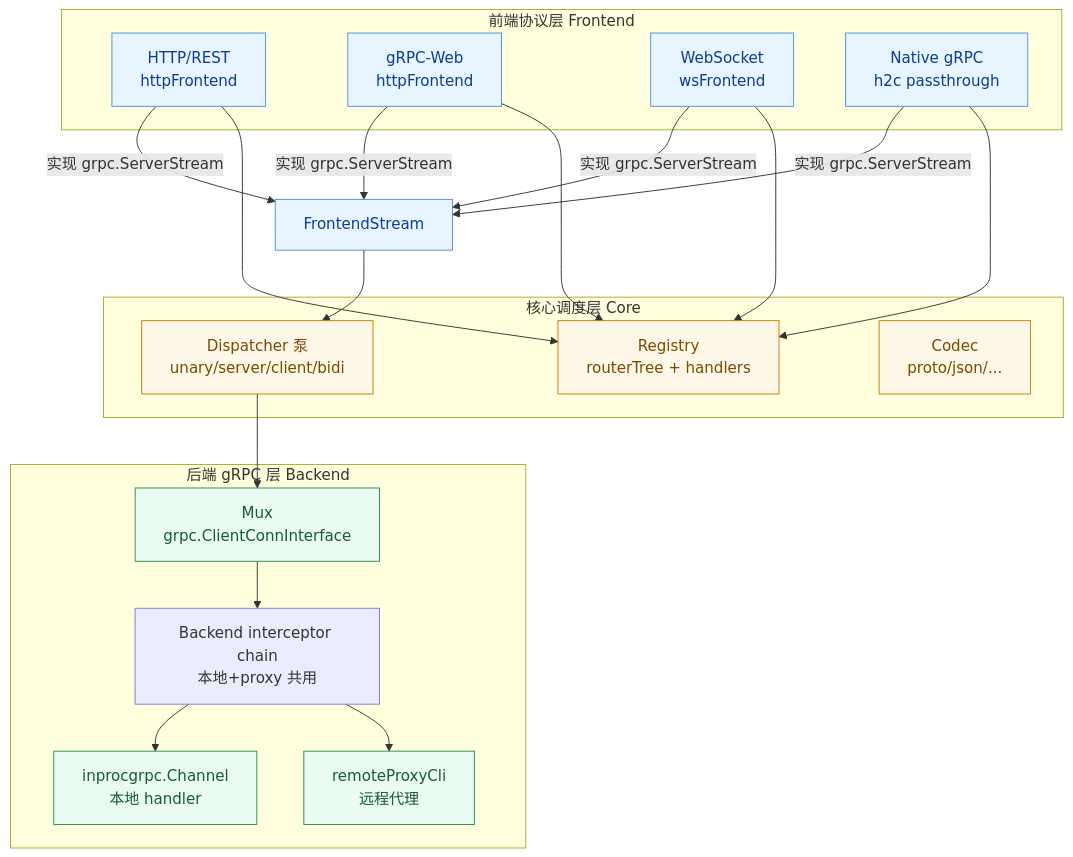
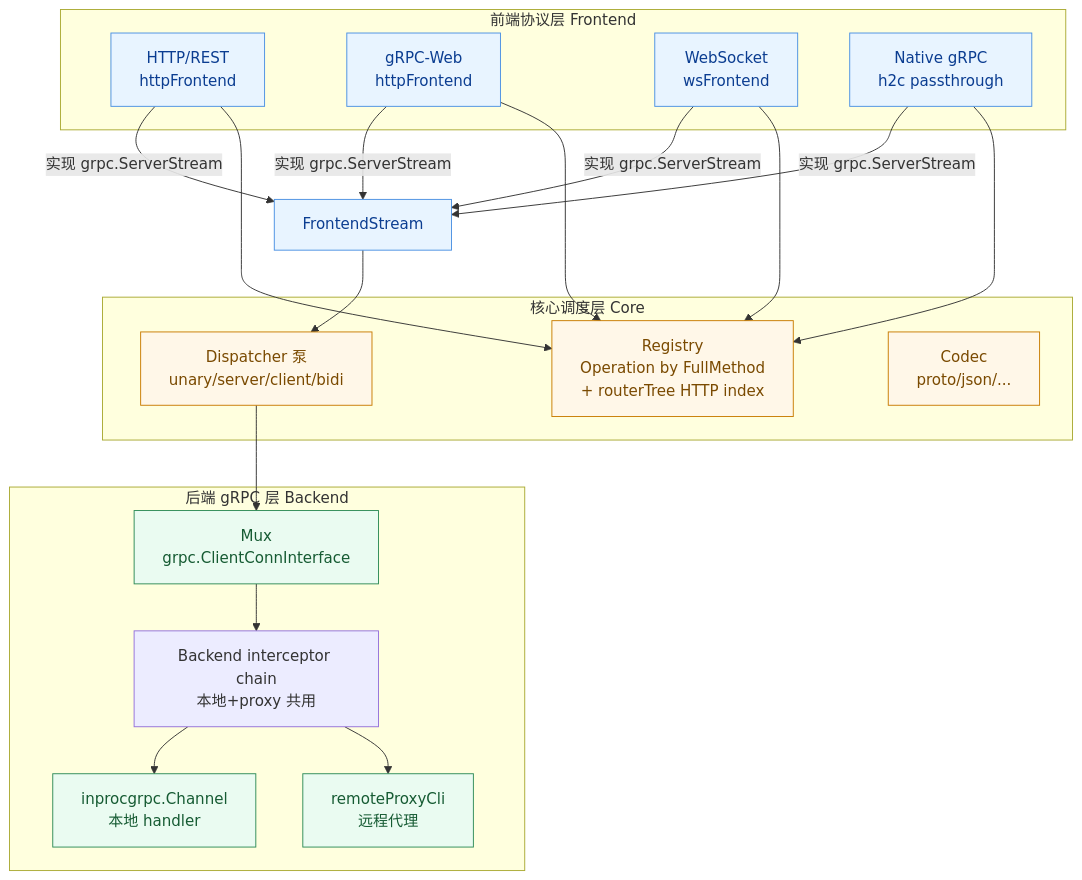
Before and after one commit to pubgo/lava: the first of 7 diagrams in pkg/gateway/docs/architecture.md, drawn with Mermaid. The commit also changed other lines of this file and 10 other files, not shown here.

First line of the commit message:
refactor(gateway): make Operation the registry source of truth

````diff
--- a/pkg/gateway/docs/architecture.md
+++ b/pkg/gateway/docs/architecture.md
@@ -25,37 +25,37 @@
 ```mermaid
 flowchart TB
     subgraph FE[前端协议层 Frontend]
         F1[HTTP/REST<br/>httpFrontend]
         F2[gRPC-Web<br/>httpFrontend]
         F3[WebSocket<br/>wsFrontend]
         F4[Native gRPC<br/>h2c passthrough]
     end
 
     subgraph CORE[核心调度层 Core]
-        REG[Registry<br/>routerTree + handlers]
+        REG[Registry<br/>Operation by FullMethod<br/>+ routerTree HTTP index]
         PUMP[Dispatcher 泵<br/>unary/server/client/bidi]
         CODEC[Codec<br/>proto/json/...]
     end
 
     subgraph BE[后端 gRPC 层 Backend]
         MW[Backend interceptor chain<br/>本地+proxy 共用]
         INV["Mux<br/>grpc.ClientConnInterface"]
         INPROC[inprocgrpc.Channel<br/>本地 handler]
         PROXY[remoteProxyCli<br/>远程代理]
     end
 
     F1 & F2 & F3 & F4 -->|实现 grpc.ServerStream| SS[FrontendStream]
     F1 & F2 & F3 & F4 --> REG
     SS --> PUMP
     PUMP --> INV
     INV --> MW
     MW --> INPROC
     MW --> PROXY
 
     classDef fe fill:#E8F4FF,stroke:#4A90E2,color:#0B3D91;
     classDef core fill:#FFF7E8,stroke:#C87B00,color:#7A4A00;
     classDef be fill:#EAFBF1,stroke:#2E8B57,color:#165B33;
     class F1,F2,F3,F4,SS fe;
     class REG,PUMP,CODEC core;
     class INV,INPROC,PROXY be;
 ```
````
